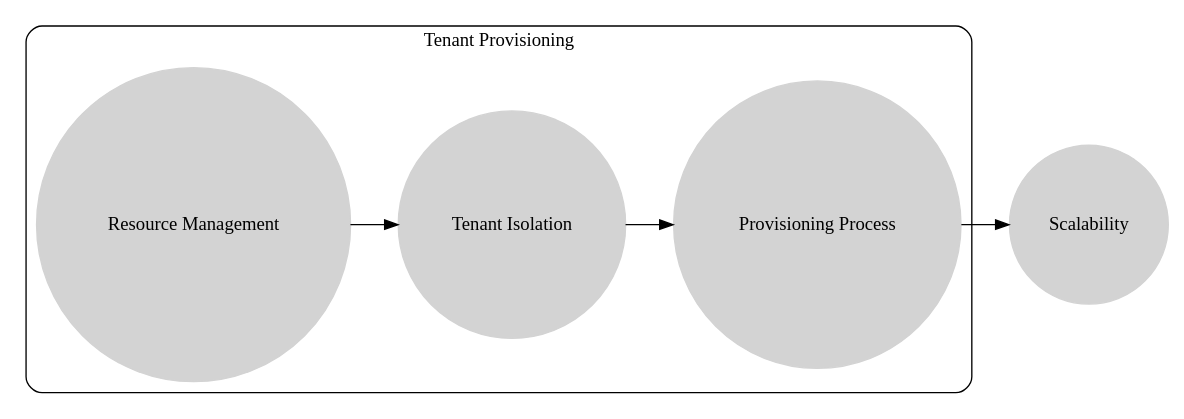
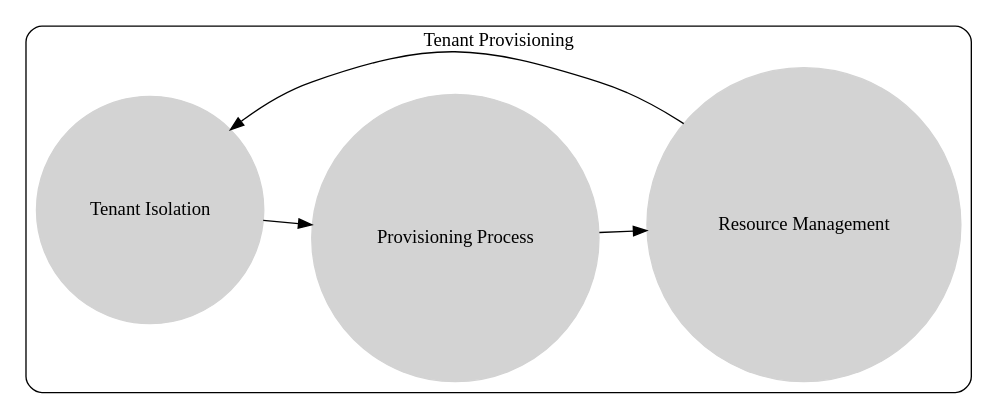
The diagram in diagrams/saas_cosmology_1.dot (navicore/saas_cosmology), drawn with Graphviz before and after one commit. The commit also changed 4 other files, not shown here.

```diff
--- a/diagrams/saas_cosmology_1.dot
+++ b/diagrams/saas_cosmology_1.dot
@@ -1,16 +1,16 @@
 digraph SaaS_Architecture {
     rankdir=LR;
     node [shape=circle, style=filled, color=lightgrey];
 
     subgraph cluster0 {
         label = "Tenant Provisioning";
         style=rounded;
         TenantIsolation [label="Tenant Isolation"];
         ProvisioningProcess [label="Provisioning Process"];
         ResourceManagement [label="Resource Management"];
     }
 
     TenantIsolation -> ProvisioningProcess;
-    ProvisioningProcess -> Scalability;
+    ProvisioningProcess -> ResourceManagement;
     ResourceManagement -> TenantIsolation;
 }
```
